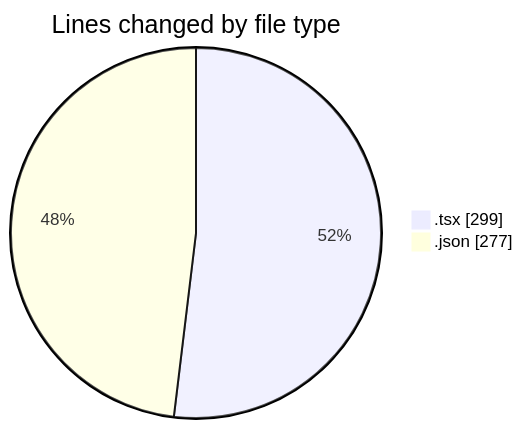
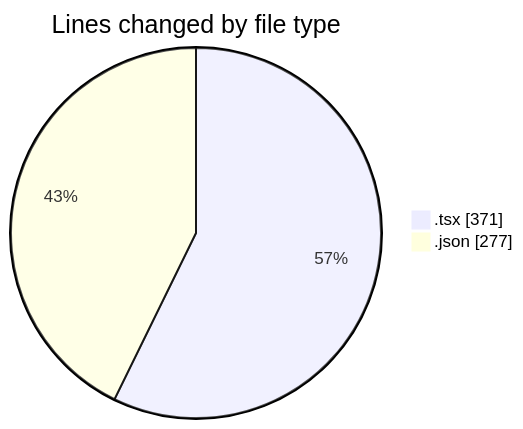
One commit to Elitesun/code-tracking changed the first of 2 diagrams in 2025-05-04/niten/README.md. Above: the diagram before and after it, drawn with Mermaid. The commit also changed other lines of this file and 1 other file, not shown here.

````diff
--- a/2025-05-04/niten/README.md
+++ b/2025-05-04/niten/README.md
@@ -26,6 +27,6 @@
 ```mermaid
 pie showData
 title Lines changed by file type
-".tsx" : 299
+".tsx" : 371
 ".json" : 277
 ```
````
